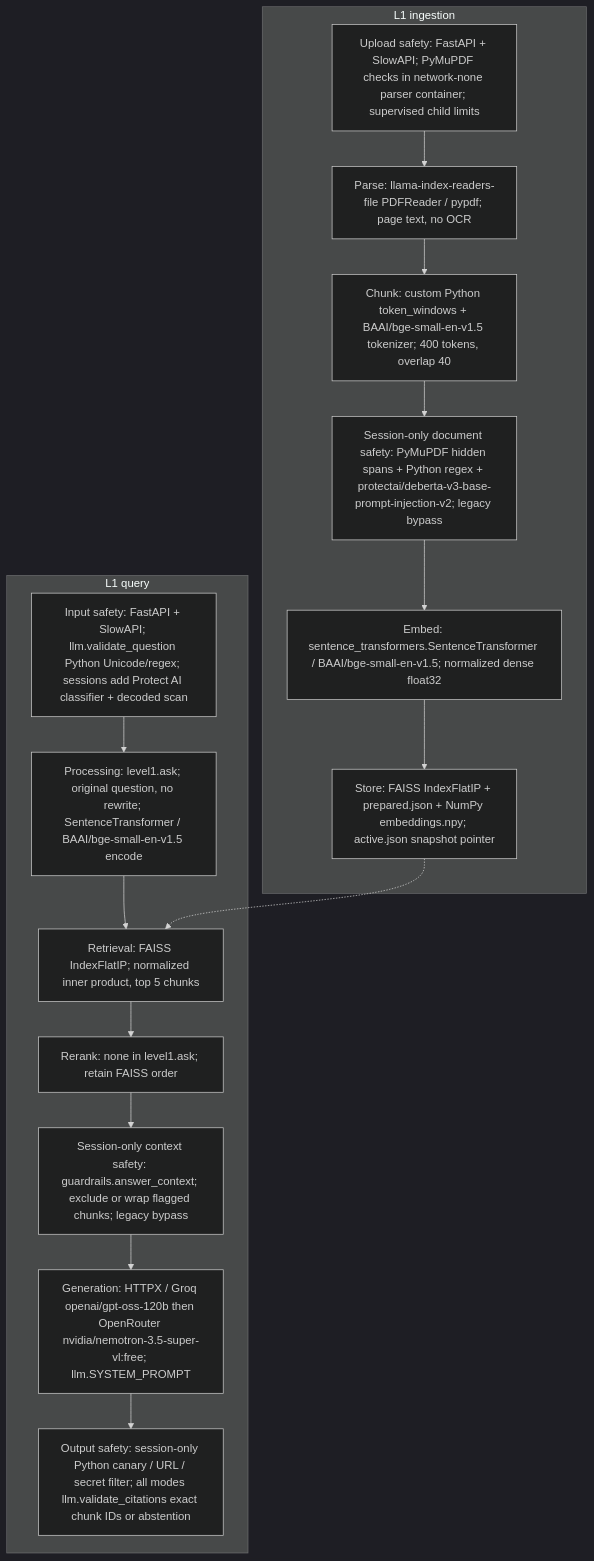
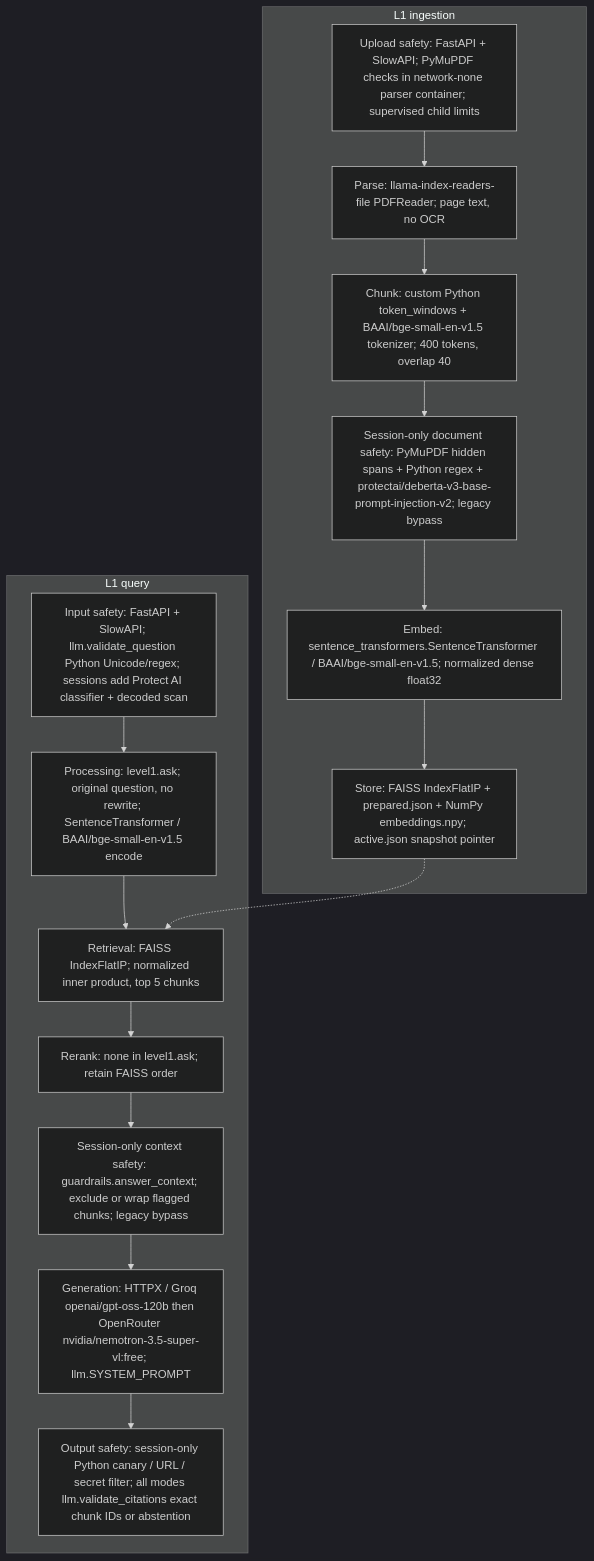
The first of 3 diagrams in flow_diagrams.md (Shahid-Malek/rag-ladder), drawn with Mermaid (dark theme) before and after one commit. The commit also changed other lines of this file and 121 other files, not shown here.

````diff
--- a/flow_diagrams.md
+++ b/flow_diagrams.md
@@ -22,23 +22,23 @@
 ```mermaid
 flowchart TB
   subgraph I1["L1 ingestion"]
     L1I["Upload safety: FastAPI + SlowAPI; PyMuPDF checks in network-none parser container; supervised child limits"]
-    L1P["Parse: llama-index-readers-file PDFReader / pypdf; page text, no OCR"]
+    L1P["Parse: llama-index-readers-file PDFReader; page text, no OCR"]
     L1C["Chunk: custom Python token_windows + BAAI/bge-small-en-v1.5 tokenizer; 400 tokens, overlap 40"]
     L1D["Session-only document safety: PyMuPDF hidden spans + Python regex + protectai/deberta-v3-base-prompt-injection-v2; legacy bypass"]
     L1E["Embed: sentence_transformers.SentenceTransformer / BAAI/bge-small-en-v1.5; normalized dense float32"]
     L1S["Store: FAISS IndexFlatIP + prepared.json + NumPy embeddings.npy; active.json snapshot pointer"]
     L1I --> L1P --> L1C --> L1D --> L1E --> L1S
   end
   subgraph Q1["L1 query"]
     L1V["Input safety: FastAPI + SlowAPI; llm.validate_question Python Unicode/regex; sessions add Protect AI classifier + decoded scan"]
     L1Q["Processing: level1.ask; original question, no rewrite; SentenceTransformer / BAAI/bge-small-en-v1.5 encode"]
     L1R["Retrieval: FAISS IndexFlatIP; normalized inner product, top 5 chunks"]
     L1N["Rerank: none in level1.ask; retain FAISS order"]
     L1A["Session-only context safety: guardrails.answer_context; exclude or wrap flagged chunks; legacy bypass"]
     L1G["Generation: HTTPX / Groq openai/gpt-oss-120b then OpenRouter nvidia/nemotron-3.5-super-vl:free; llm.SYSTEM_PROMPT"]
     L1O["Output safety: session-only Python canary / URL / secret filter; all modes llm.validate_citations exact chunk IDs or abstention"]
     L1V --> L1Q --> L1R --> L1N --> L1A --> L1G --> L1O
   end
   L1S -.-> L1R
 ```
````
